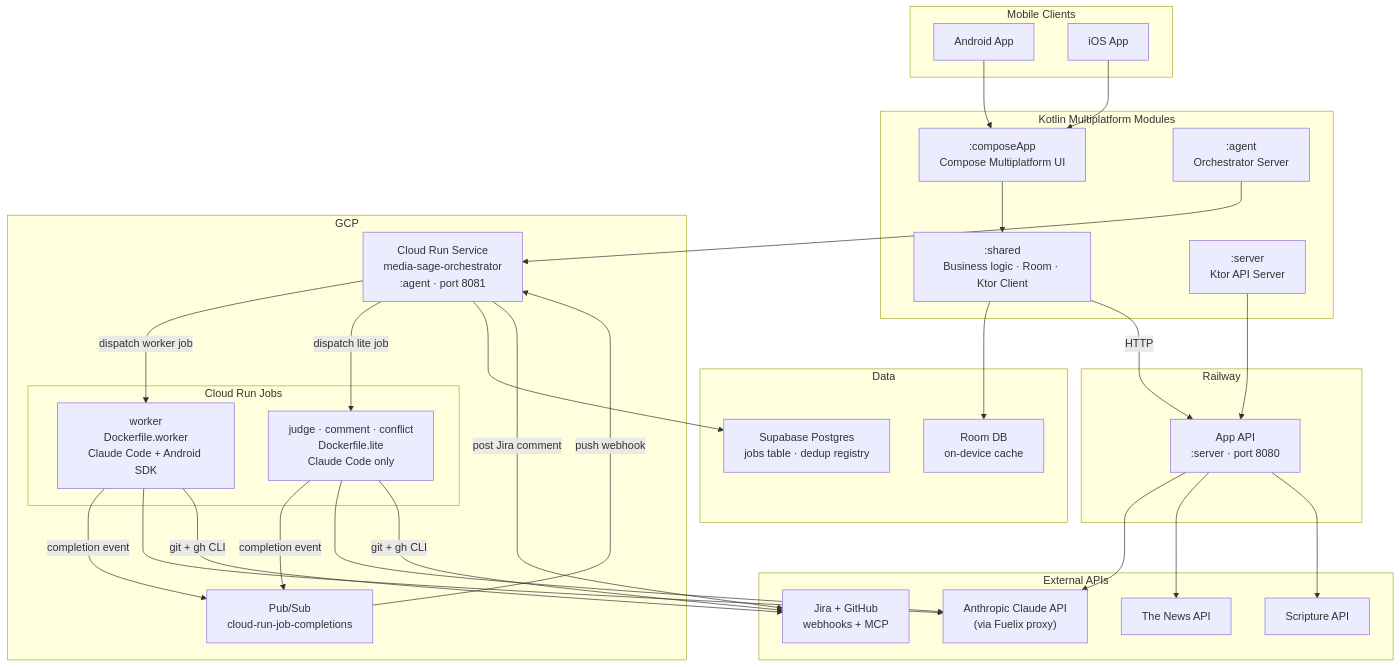
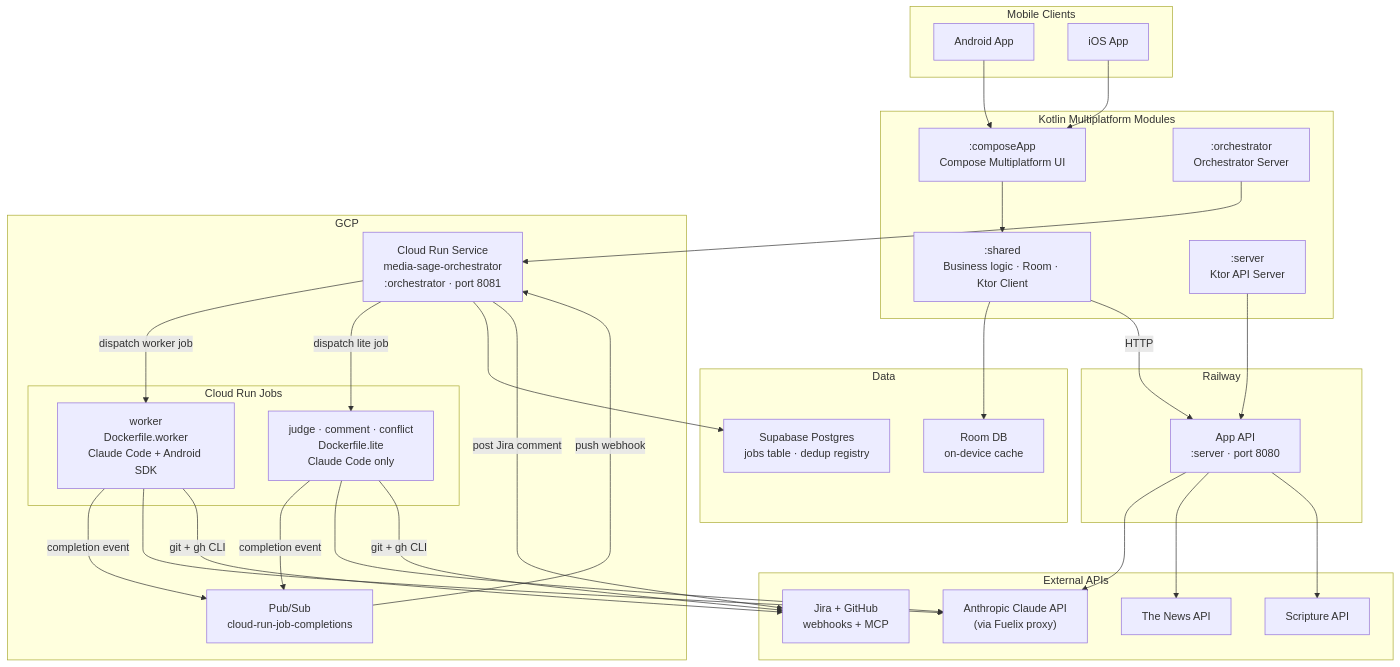
The diagram in docs/diagrams/infrastructure-overview.md (MicGon7/media-sage), drawn with Mermaid before and after one commit. The commit also changed other lines of this file and 93 other files, not shown here.

First line of the commit message:
MS-396: Rename :agent → :orchestrator (PR 1/2)

````diff
--- a/docs/diagrams/infrastructure-overview.md
+++ b/docs/diagrams/infrastructure-overview.md
@@ -3,62 +3,62 @@
 ```mermaid
 graph TB
     subgraph Clients["Mobile Clients"]
         Android["Android App"]
         iOS["iOS App"]
     end
 
     subgraph KMP["Kotlin Multiplatform Modules"]
         composeApp[":composeApp<br/>Compose Multiplatform UI"]
         shared[":shared<br/>Business logic · Room · Ktor Client"]
         server[":server<br/>Ktor API Server"]
-        agent[":agent<br/>Orchestrator Server"]
+        agent[":orchestrator<br/>Orchestrator Server"]
     end
 
     subgraph Railway["Railway"]
         AppAPI["App API<br/>:server · port 8080"]
     end
 
     subgraph GCP["GCP"]
-        Orchestrator["Cloud Run Service<br/>media-sage-orchestrator<br/>:agent · port 8081"]
+        Orchestrator["Cloud Run Service<br/>media-sage-orchestrator<br/>:orchestrator · port 8081"]
         subgraph Jobs["Cloud Run Jobs"]
             WorkerJob["worker<br/>Dockerfile.worker<br/>Claude Code + Android SDK"]
             LiteJobs["judge · comment · conflict<br/>Dockerfile.lite<br/>Claude Code only"]
         end
         PubSub["Pub/Sub<br/>cloud-run-job-completions"]
     end
 
     subgraph Data["Data"]
         Supabase["Supabase Postgres<br/>jobs table · dedup registry"]
         Room["Room DB<br/>on-device cache"]
     end
 
     subgraph External["External APIs"]
         Claude["Anthropic Claude API<br/>(via Fuelix proxy)"]
         NewsAPI["The News API"]
         Scripture["Scripture API"]
         JiraGH["Jira + GitHub<br/>webhooks + MCP"]
     end
 
     Android --> composeApp
     iOS --> composeApp
     composeApp --> shared
     shared --> Room
     shared -->|HTTP| AppAPI
     server --> AppAPI
     AppAPI --> Claude
     AppAPI --> NewsAPI
     AppAPI --> Scripture
 
     agent --> Orchestrator
     Orchestrator -->|dispatch worker job| WorkerJob
     Orchestrator -->|dispatch lite job| LiteJobs
     Orchestrator --> Supabase
     WorkerJob -->|completion event| PubSub
     LiteJobs -->|completion event| PubSub
     PubSub -->|push webhook| Orchestrator
     WorkerJob --> Claude
     LiteJobs --> Claude
     WorkerJob -->|git + gh CLI| JiraGH
     LiteJobs -->|git + gh CLI| JiraGH
     Orchestrator -->|post Jira comment| JiraGH
 ```
````
